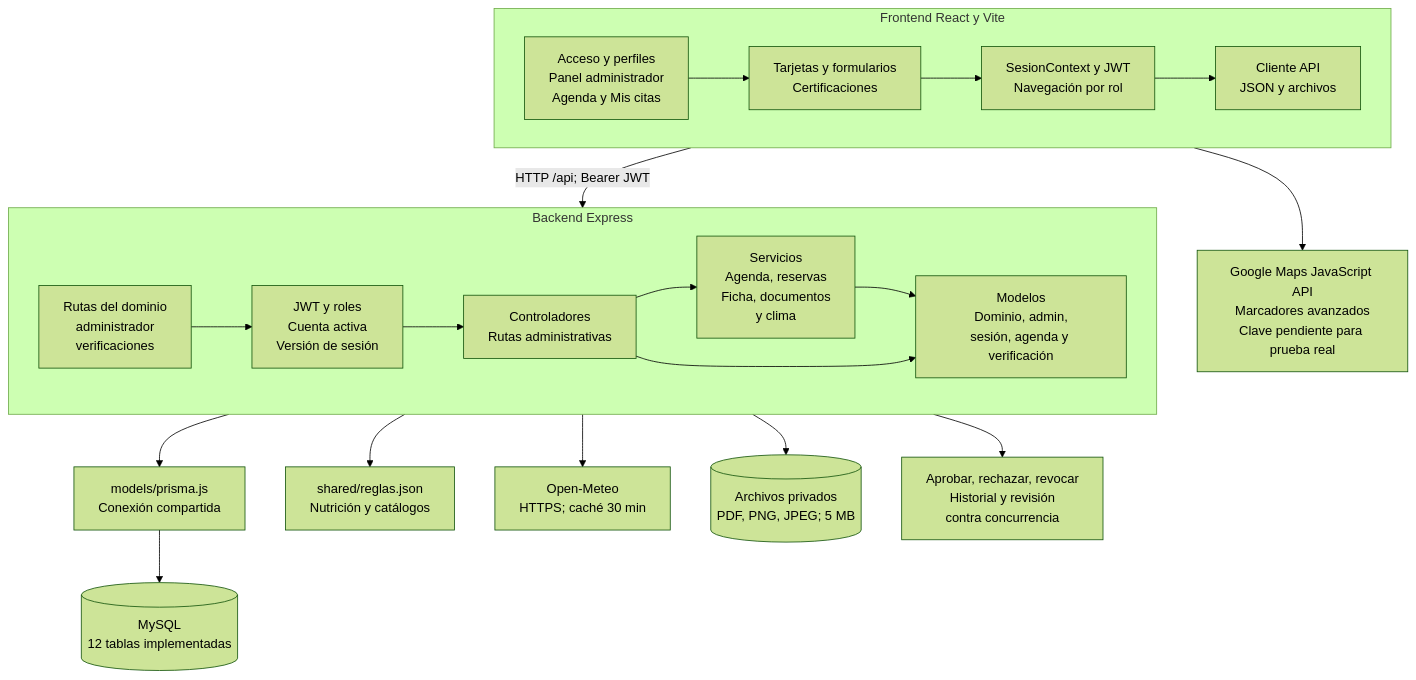
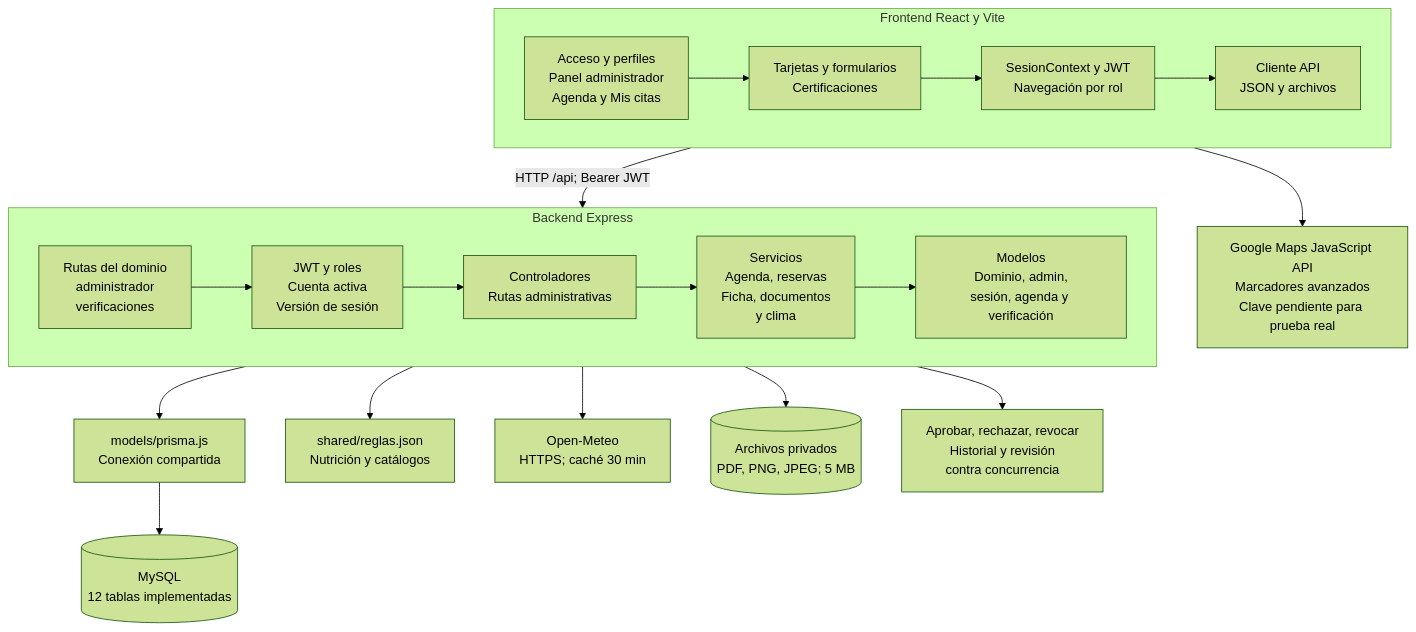
The diagram in FASE 2/Evidencias Proyecto/Evidencias de documentación/Diagramas (Miro)/Actualización Sprint 3/07_Vista_de_Desarrollo.mmd (rodriacr/FitSearch), drawn with Mermaid (forest theme) before and after one commit. The commit also changed 30 other files, not shown here.

```diff
--- a/FASE 2/Evidencias Proyecto/Evidencias de documentación/Diagramas (Miro)/Actualización Sprint 3/07_Vista_de_Desarrollo.mmd
+++ b/FASE 2/Evidencias Proyecto/Evidencias de documentación/Diagramas (Miro)/Actualización Sprint 3/07_Vista_de_Desarrollo.mmd
@@ -1,27 +1,26 @@
 flowchart TB
   subgraph SPA[Frontend React y Vite]
     direction LR
     P["Acceso y perfiles<br/>Panel administrador<br/>Agenda y Mis citas"]
     C["Tarjetas y formularios<br/>Certificaciones"]
     S["SesionContext y JWT<br/>Navegación por rol"]
     A["Cliente API<br/>JSON y archivos"]
     P --> C --> S --> A
   end
   subgraph API[Backend Express]
     direction LR
     R["Rutas del dominio<br/>administrador<br/>verificaciones"]
     M["JWT y roles<br/>Cuenta activa<br/>Versión de sesión"]
     K["Controladores<br/>Rutas administrativas"]
     V["Servicios<br/>Agenda, reservas<br/>Ficha, documentos<br/>y clima"]
     D["Modelos<br/>Dominio, admin,<br/>sesión, agenda y verificación"]
     R --> M --> K --> V --> D
-    K --> D
   end
   SPA -->|"HTTP /api; Bearer JWT"| API
   API --> PR["models/prisma.js<br/>Conexión compartida"]
   PR --> DB[("MySQL<br/>12 tablas implementadas")]
   API --> G["shared/reglas.json<br/>Nutrición y catálogos"]
   API --> O["Open-Meteo<br/>HTTPS; caché 30 min"]
   API --> F[("Archivos privados<br/>PDF, PNG, JPEG; 5 MB")]
   API --> N["Aprobar, rechazar, revocar<br/>Historial y revisión<br/>contra concurrencia"]
   SPA --> GM["Google Maps JavaScript API<br/>Marcadores avanzados<br/>Clave pendiente para prueba real"]
```
